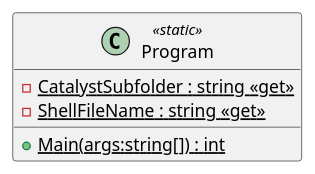
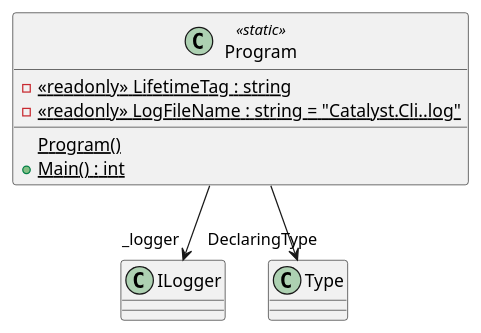
The diagram in Documentation/UML/Catalyst.Cli/Program.puml (catalyst-network/Catalyst), drawn with PlantUML before and after one commit. The commit also changed 285 other files, not shown here.

Commit message:
update uml

```diff
--- a/Documentation/UML/Catalyst.Cli/Program.puml
+++ b/Documentation/UML/Catalyst.Cli/Program.puml
@@ -1,7 +1,10 @@
 @startuml
 class Program <<static>> {
-    - {static} CatalystSubfolder : string <<get>>
-    - {static} ShellFileName : string <<get>>
-    + {static} Main(args:string[]) : int
+    - {static} <<readonly>> LifetimeTag : string
+    - {static} <<readonly>> LogFileName : string = "Catalyst.Cli..log"
+    {static} Program()
+    + {static} Main() : int
 }
+Program --> "_logger" ILogger
+Program --> "DeclaringType" Type
 @enduml
```
